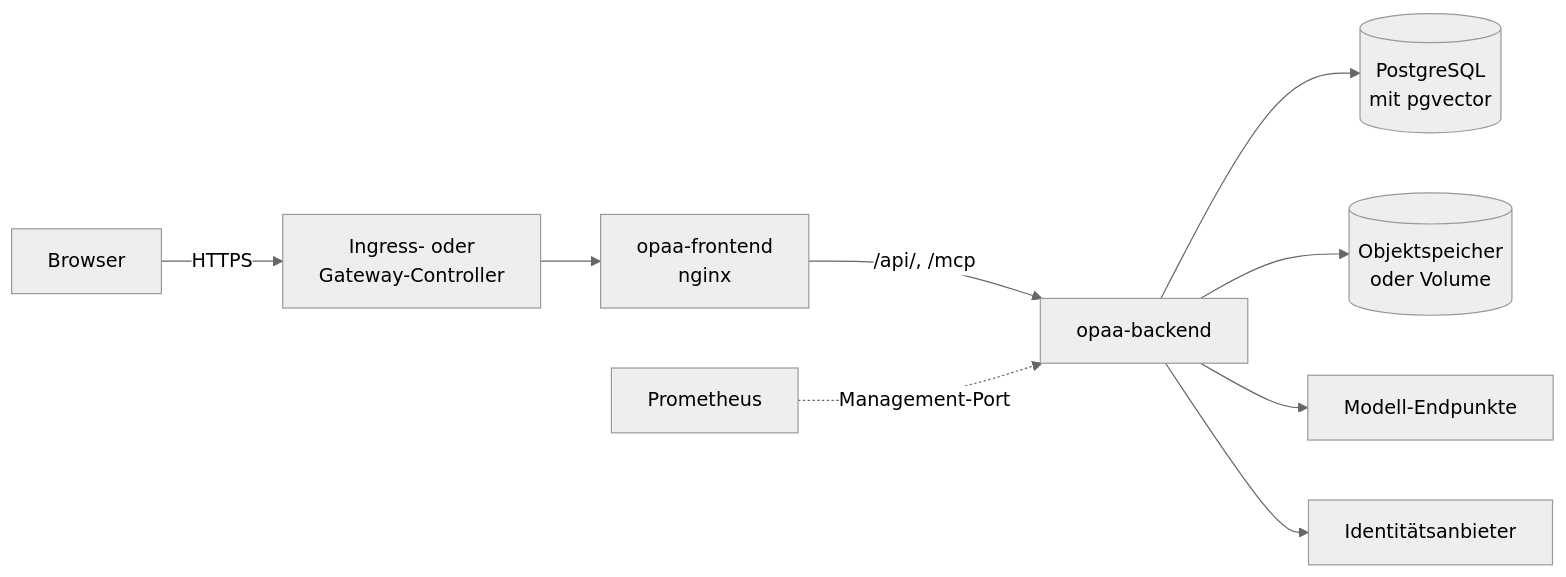
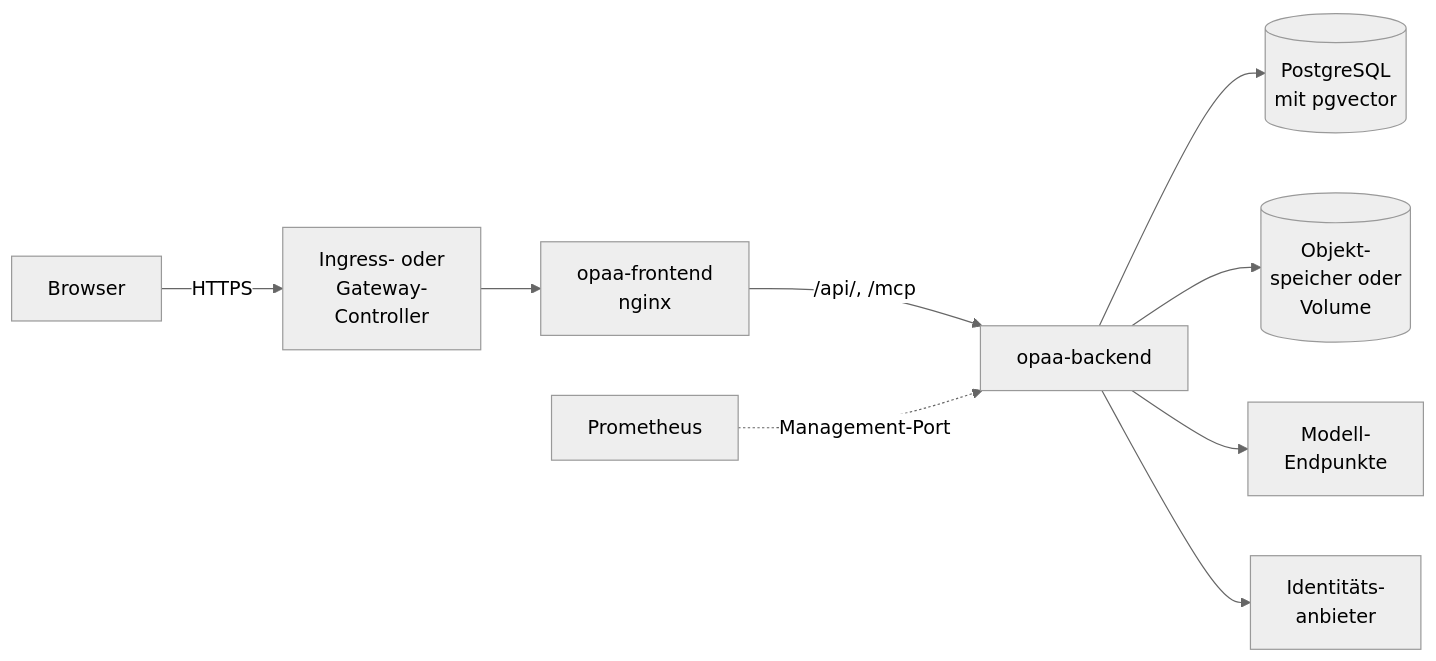
The diagram in docs/handbuch/kubernetes.md (criew/opaa), drawn with Mermaid (neutral theme) before and after one commit. The commit also changed other lines of this file and 8 other files, not shown here.

````diff
--- a/docs/handbuch/kubernetes.md
+++ b/docs/handbuch/kubernetes.md
@@ -65,11 +67,11 @@
 ```mermaid
 flowchart LR
-    B[Browser] -->|HTTPS| C[Ingress- oder<br/>Gateway-Controller]
+    B[Browser] -->|HTTPS| C[Ingress- oder<br/>Gateway-<br/>Controller]
     C --> F[opaa-frontend<br/>nginx]
     F -->|/api/, /mcp| BE[opaa-backend]
     BE --> DB[(PostgreSQL<br/>mit pgvector)]
-    BE --> O[(Objektspeicher<br/>oder Volume)]
-    BE --> M[Modell-Endpunkte]
-    BE --> I[Identitätsanbieter]
+    BE --> O[(Objekt-<br/>speicher oder<br/>Volume)]
+    BE --> M[Modell-<br/>Endpunkte]
+    BE --> I[Identitäts-<br/>anbieter]
     P[Prometheus] -.->|Management-Port| BE
 ```
````
